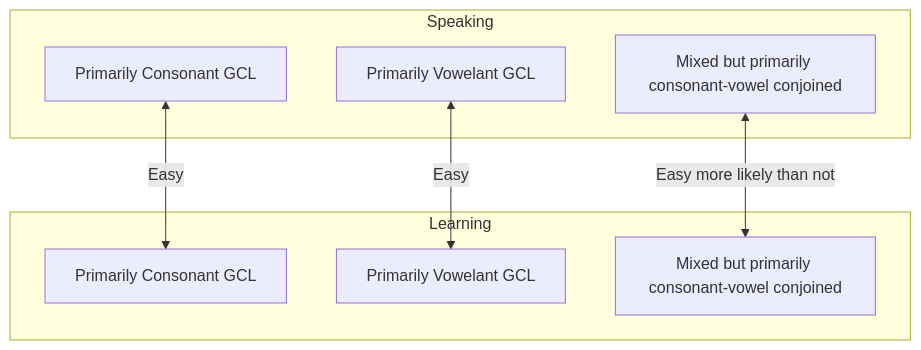
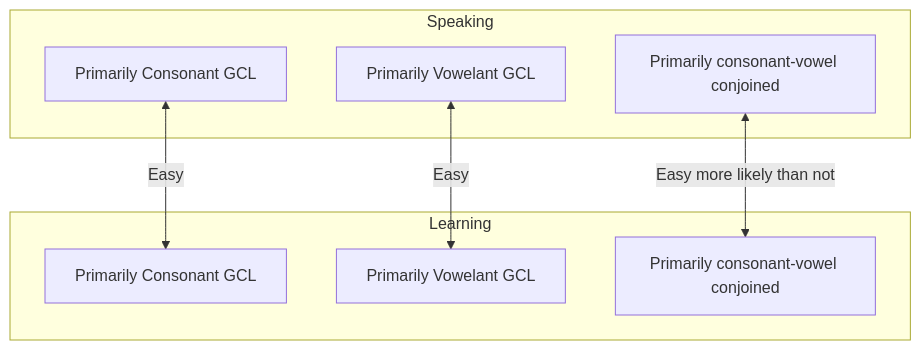
One commit to bendqh1/mermaid changed the diagram in general_communication_languages_categorization_for_learning.md. Above: the diagram before and after it, drawn with Mermaid. The commit also changed other lines of this file, not shown here.

````diff
--- a/general_communication_languages_categorization_for_learning.md
+++ b/general_communication_languages_categorization_for_learning.md
@@ -11,19 +11,19 @@
 ```mermaid
 flowchart TD
 
   subgraph A [Speaking]
     A1[Primarily Consonant GCL]
     A2[Primarily Vowelant GCL]
-    A3[Mixed but primarily consonant-vowel conjoined]
+    A3[Primarily consonant-vowel conjoined]
   end
 
   subgraph B [Learning]
     B1[Primarily Consonant GCL]
     B2[Primarily Vowelant GCL]
-    B3[Mixed but primarily consonant-vowel conjoined]
+    B3[Primarily consonant-vowel conjoined]
   end
 
   A1 <-->|Easy| B1
   A2 <-->|Easy| B2
   A3 <-->|Easy more likely than not| B3
 ```
````
